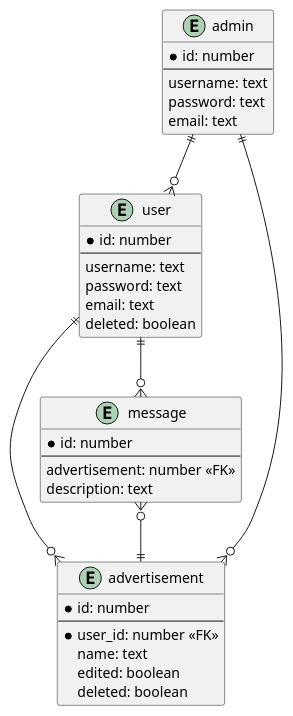
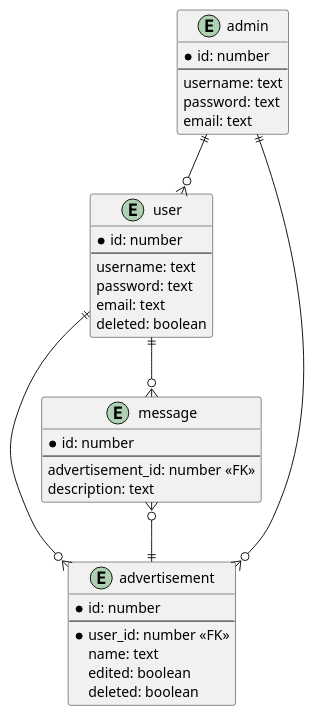
One commit to eduardmlyn/SecondHand changed the diagram in diagrams/erd/secondHand.puml. Above: the diagram before and after it, drawn with PlantUML.

Commit message:
refactor: refactored message FK

```diff
--- a/diagrams/erd/secondHand.puml
+++ b/diagrams/erd/secondHand.puml
@@ -1,40 +1,40 @@
 @startuml
 entity user {
     * id: number
     ---
     username: text
     password: text
     email: text
     deleted: boolean
 }
 
 entity advertisement {
     *id: number
     ---
     *user_id: number <<FK>>
     name: text
     edited: boolean
     deleted: boolean
 }
 
 entity admin {
     *id: number
     ---
     username: text
     password: text
     email: text
 }
 
 entity message {
     *id: number
     ---
-    advertisement: number <<FK>>
+    advertisement_id: number <<FK>>
     description: text
 }
 
 user ||--o{ advertisement
 message }o--|| advertisement
 user ||--o{ message
 admin ||--o{ user
 admin ||--o{ advertisement
 @enduml
```
